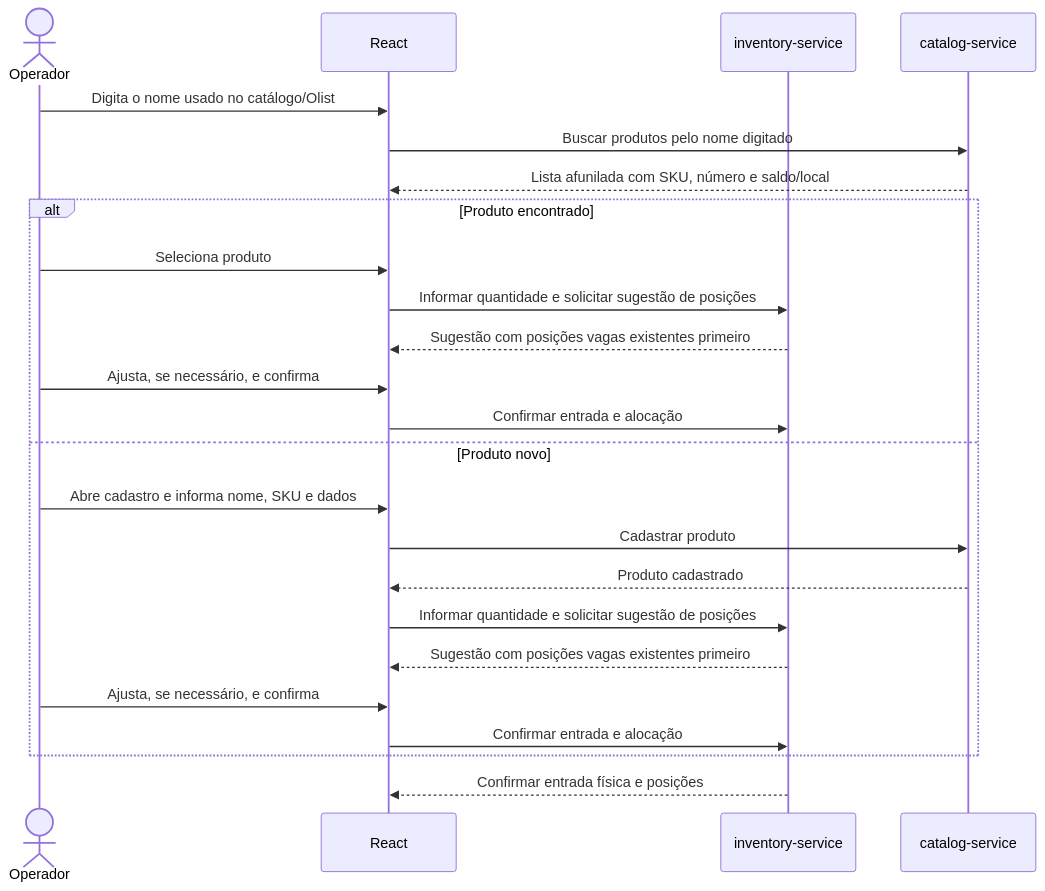
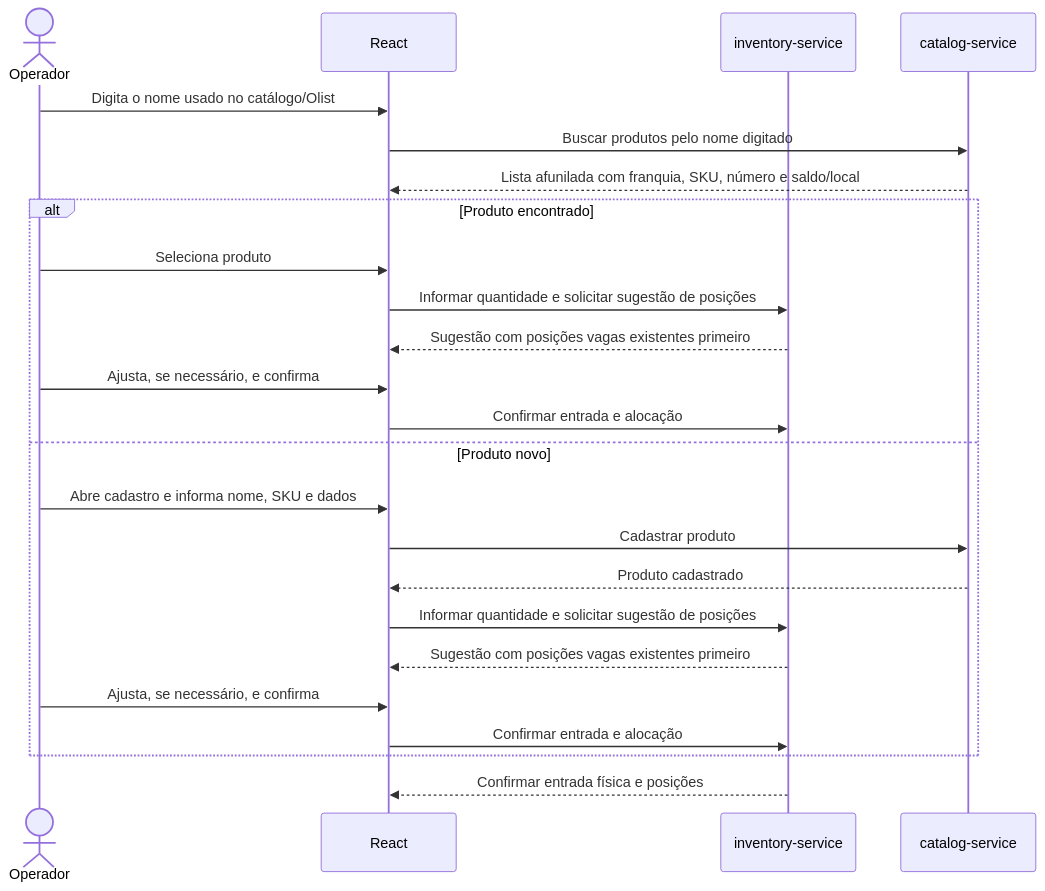
The diagram in docs/04-fronteiras-de-servicos.md (DiegoOCruz/MF-Sistema), drawn with Mermaid before and after one commit. The commit also changed other lines of this file and 5 other files, not shown here.

````diff
--- a/docs/04-fronteiras-de-servicos.md
+++ b/docs/04-fronteiras-de-servicos.md
@@ -35,26 +35,26 @@
 ```mermaid
 sequenceDiagram
     actor Operador
     participant UI as React
     participant Inv as inventory-service
     participant Cat as catalog-service
     Operador->>UI: Digita o nome usado no catálogo/Olist
     UI->>Cat: Buscar produtos pelo nome digitado
-    Cat-->>UI: Lista afunilada com SKU, número e saldo/local
+    Cat-->>UI: Lista afunilada com franquia, SKU, número e saldo/local
     alt Produto encontrado
         Operador->>UI: Seleciona produto
         UI->>Inv: Informar quantidade e solicitar sugestão de posições
         Inv-->>UI: Sugestão com posições vagas existentes primeiro
         Operador->>UI: Ajusta, se necessário, e confirma
         UI->>Inv: Confirmar entrada e alocação
     else Produto novo
         Operador->>UI: Abre cadastro e informa nome, SKU e dados
         UI->>Cat: Cadastrar produto
         Cat-->>UI: Produto cadastrado
         UI->>Inv: Informar quantidade e solicitar sugestão de posições
         Inv-->>UI: Sugestão com posições vagas existentes primeiro
         Operador->>UI: Ajusta, se necessário, e confirma
         UI->>Inv: Confirmar entrada e alocação
     end
     Inv-->>UI: Confirmar entrada física e posições
 ```
````
